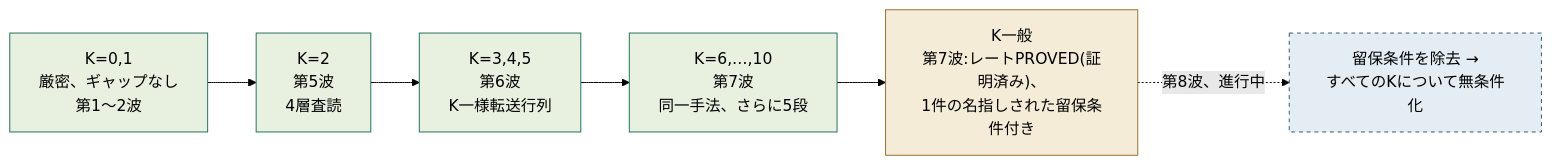
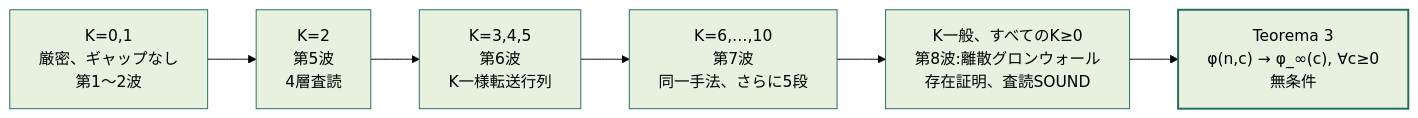
One commit to dougdotcon/TamesisTheoryCompleteResearchArchive changed the second of 4 diagrams in README_JA.md. Above: the diagram before and after it, drawn with Mermaid (forest theme). The commit also changed other lines of this file and 9 other files, not shown here.

````diff
--- a/README_JA.md
+++ b/README_JA.md
@@ -78,14 +78,14 @@
 ```mermaid
 flowchart LR
     K01["K=0,1<br/>厳密、ギャップなし<br/>第1〜2波"] --> K2["K=2<br/>第5波<br/>4層査読"]
     K2 --> K345["K=3,4,5<br/>第6波<br/>K一様転送行列"]
     K345 --> K610["K=6,…,10<br/>第7波<br/>同一手法、さらに5段"]
-    K610 --> Kgen["K一般<br/>第7波:レートPROVED(証明済み)、<br/>1件の名指しされた留保条件付き"]
-    Kgen -.->|"第8波、進行中"| Close["留保条件を除去 →<br/>すべてのKについて無条件化"]
+    K610 --> Kgen["K一般、すべてのK≥0<br/>第8波:離散グロンウォール<br/>存在証明、査読SOUND"]
+    Kgen --> Teo3["Teorema 3<br/>φ(n,c) → φ_∞(c), ∀c≥0<br/>無条件"]
     style K01 fill:#e8f0e0,stroke:#1f6f5c
     style K2 fill:#e8f0e0,stroke:#1f6f5c
     style K345 fill:#e8f0e0,stroke:#1f6f5c
     style K610 fill:#e8f0e0,stroke:#1f6f5c
-    style Kgen fill:#f5ecd8,stroke:#96702a
-    style Close fill:#e3edf3,stroke:#33566f,stroke-dasharray: 4 4
+    style Kgen fill:#e8f0e0,stroke:#1f6f5c
+    style Teo3 fill:#e8f0e0,stroke:#1f6f5c,stroke-width:2px
 ```
````
